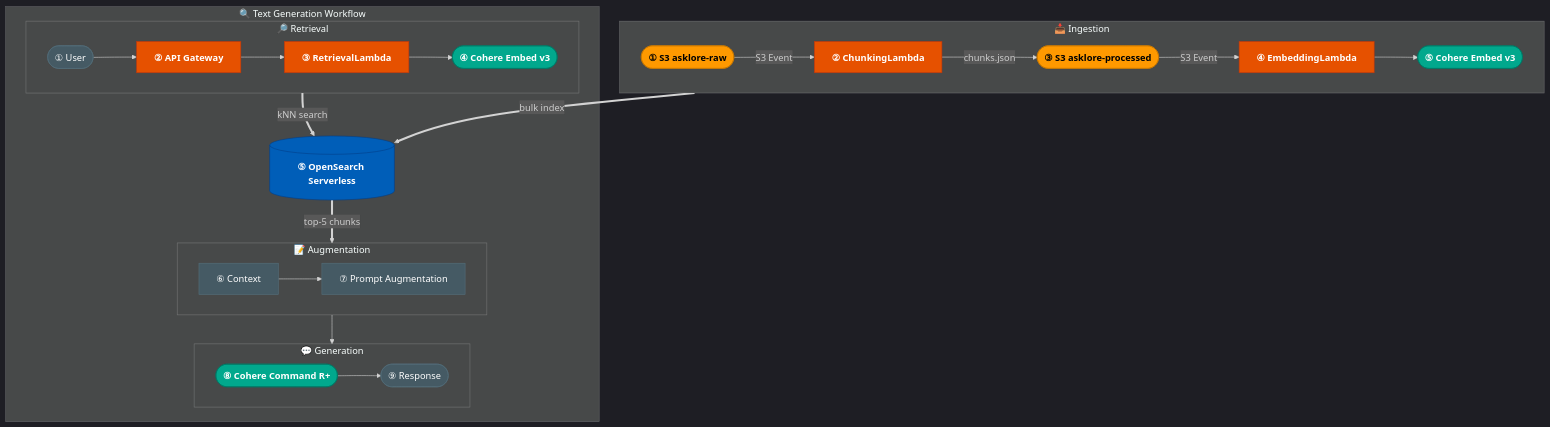
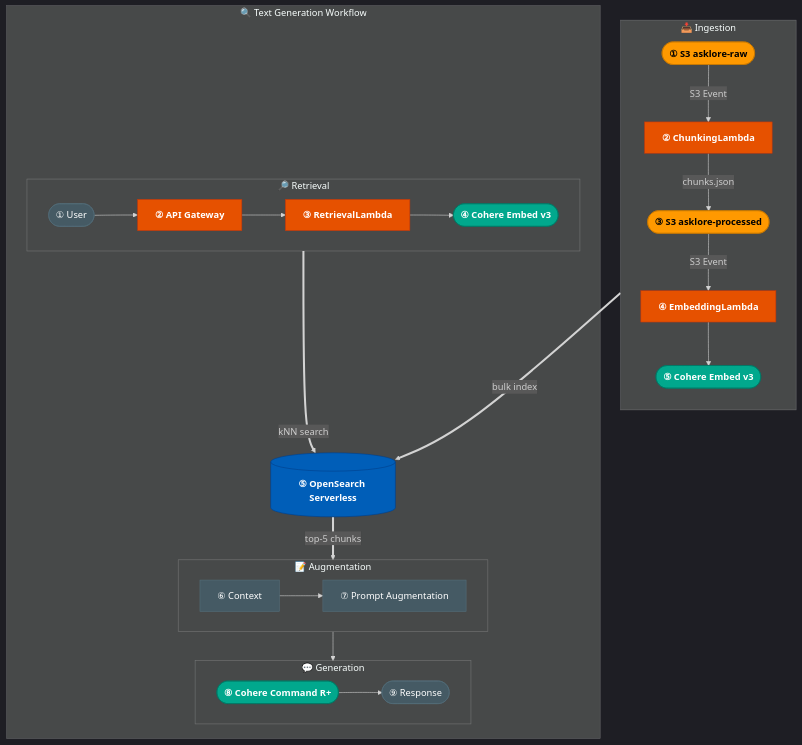
The diagram in README.md (Sunilrana1978/AskLore), drawn with Mermaid before and after one commit.

Commit message:
Stack Ingestion nodes vertically to match Text Generation block height
Change ING direction LR → TB so its 5 nodes stack as a column,
matching the height of the QRY block beside it.

````diff
--- a/README.md
+++ b/README.md
@@ -9,36 +9,36 @@
 ```mermaid
 %%{init: {'theme': 'dark'}}%%
 flowchart TB
 
     classDef s3      fill:#FF9900,stroke:#cc7a00,color:#000,font-weight:bold
     classDef lambda  fill:#E65100,stroke:#bf360c,color:#fff,font-weight:bold
     classDef bedrock fill:#01A88D,stroke:#007a67,color:#fff,font-weight:bold
     classDef os      fill:#005EB8,stroke:#003f8a,color:#fff,font-weight:bold
     classDef ext     fill:#455A64,stroke:#546E7A,color:#fff
 
     subgraph ING["📥 Ingestion"]
-        direction LR
+        direction TB
         DS(["① S3 asklore-raw"]):::s3 -->|S3 Event| CL["② ChunkingLambda"]:::lambda -->|chunks.json| PROC(["③ S3 asklore-processed"]):::s3 -->|S3 Event| EL["④ EmbeddingLambda"]:::lambda --> CE1(["⑤ Cohere Embed v3"]):::bedrock
     end
 
     subgraph QRY["🔍 Text Generation Workflow"]
         subgraph RET["🔎 Retrieval"]
             direction LR
             USR(["① User"]):::ext --> GW["② API Gateway"]:::lambda --> RL["③ RetrievalLambda"]:::lambda --> CE2(["④ Cohere Embed v3"]):::bedrock
         end
         VS[("⑤ OpenSearch Serverless")]:::os
         subgraph AUG["📝 Augmentation"]
             direction LR
             CTX["⑥ Context"]:::ext --> PA["⑦ Prompt Augmentation"]:::ext
         end
         subgraph GEN["💬 Generation"]
             direction LR
             LLM(["⑧ Cohere Command R+"]):::bedrock --> RESP(["⑨ Response"]):::ext
         end
         CE2 ==>|kNN search| VS
         VS ==>|top-5 chunks| CTX
         PA --> LLM
     end
 
     CE1 ==>|bulk index| VS
 ```
````
